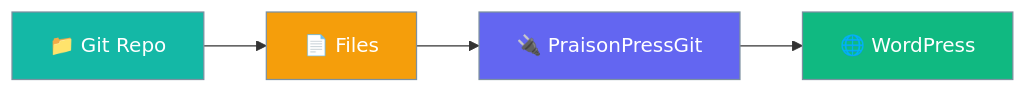
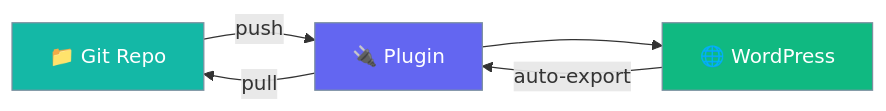
Before and after one commit to MervinPraison/wp-git-posts: the diagram in docs/index.md, drawn with Mermaid. The commit also changed other lines of this file and 9 other files, not shown here.

````diff
--- a/docs/index.md
+++ b/docs/index.md
@@ -5,11 +5,11 @@
 ```mermaid
 graph LR
-    A[📁 Git Repo] --> B[📄 Files]
-    B --> C[🔌 PraisonPressGit]
-    C --> D[🌐 WordPress]
+    A[📁 Git Repo] -->|push| B[🔌 Plugin]
+    B -->|pull| A
+    B --> C[🌐 WordPress]
+    C -->|auto-export| B
     
     style A fill:#14B8A6,stroke:#7C90A0,color:#fff
-    style B fill:#F59E0B,stroke:#7C90A0,color:#fff
-    style C fill:#6366F1,stroke:#7C90A0,color:#fff
-    style D fill:#10B981,stroke:#7C90A0,color:#fff
+    style B fill:#6366F1,stroke:#7C90A0,color:#fff
+    style C fill:#10B981,stroke:#7C90A0,color:#fff
 ```
````
